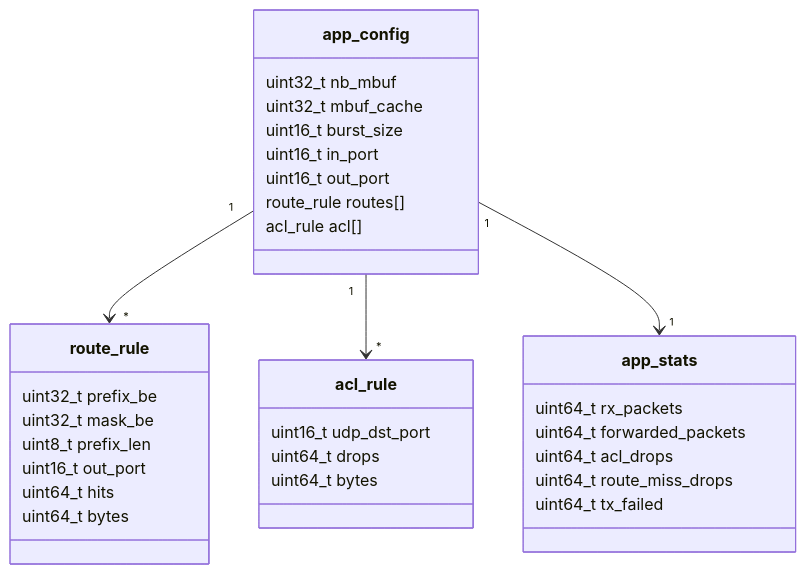
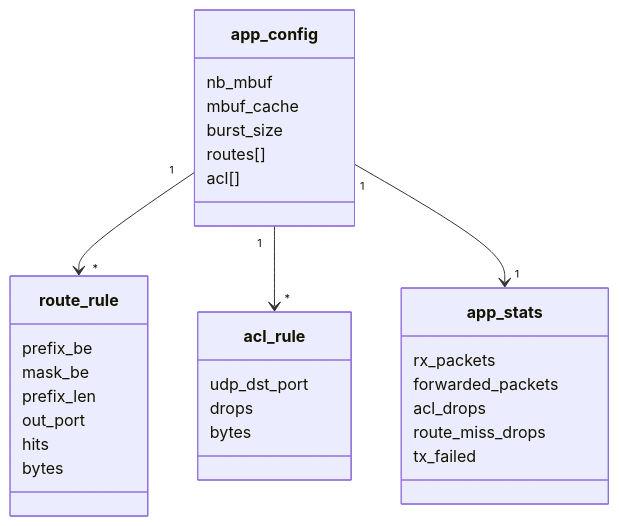
One commit to gwpptm007/driver-lab changed the eighth of 9 diagrams in linux-driver-lab/track-dpdk-advanced/docs/04_ARCHITECTURE_PRINCIPLES.md. Above: the diagram before and after it, drawn with Mermaid. The commit also changed other lines of this file and 79 other files, not shown here.

````diff
--- a/linux-driver-lab/track-dpdk-advanced/docs/04_ARCHITECTURE_PRINCIPLES.md
+++ b/linux-driver-lab/track-dpdk-advanced/docs/04_ARCHITECTURE_PRINCIPLES.md
@@ -273,39 +189,37 @@
 ```mermaid
 classDiagram
     class app_config {
-        uint32_t nb_mbuf
-        uint32_t mbuf_cache
-        uint16_t burst_size
-        uint16_t in_port
-        uint16_t out_port
-        route_rule routes[]
-        acl_rule acl[]
+        nb_mbuf
+        mbuf_cache
+        burst_size
+        routes[]
+        acl[]
     }
 
     class route_rule {
-        uint32_t prefix_be
-        uint32_t mask_be
-        uint8_t prefix_len
-        uint16_t out_port
-        uint64_t hits
-        uint64_t bytes
+        prefix_be
+        mask_be
+        prefix_len
+        out_port
+        hits
+        bytes
     }
 
     class acl_rule {
-        uint16_t udp_dst_port
-        uint64_t drops
-        uint64_t bytes
+        udp_dst_port
+        drops
+        bytes
     }
 
     class app_stats {
-        uint64_t rx_packets
-        uint64_t forwarded_packets
-        uint64_t acl_drops
-        uint64_t route_miss_drops
-        uint64_t tx_failed
+        rx_packets
+        forwarded_packets
+        acl_drops
+        route_miss_drops
+        tx_failed
     }
 
     app_config "1" --> "*" route_rule
     app_config "1" --> "*" acl_rule
     app_config "1" --> "1" app_stats
 ```
````
